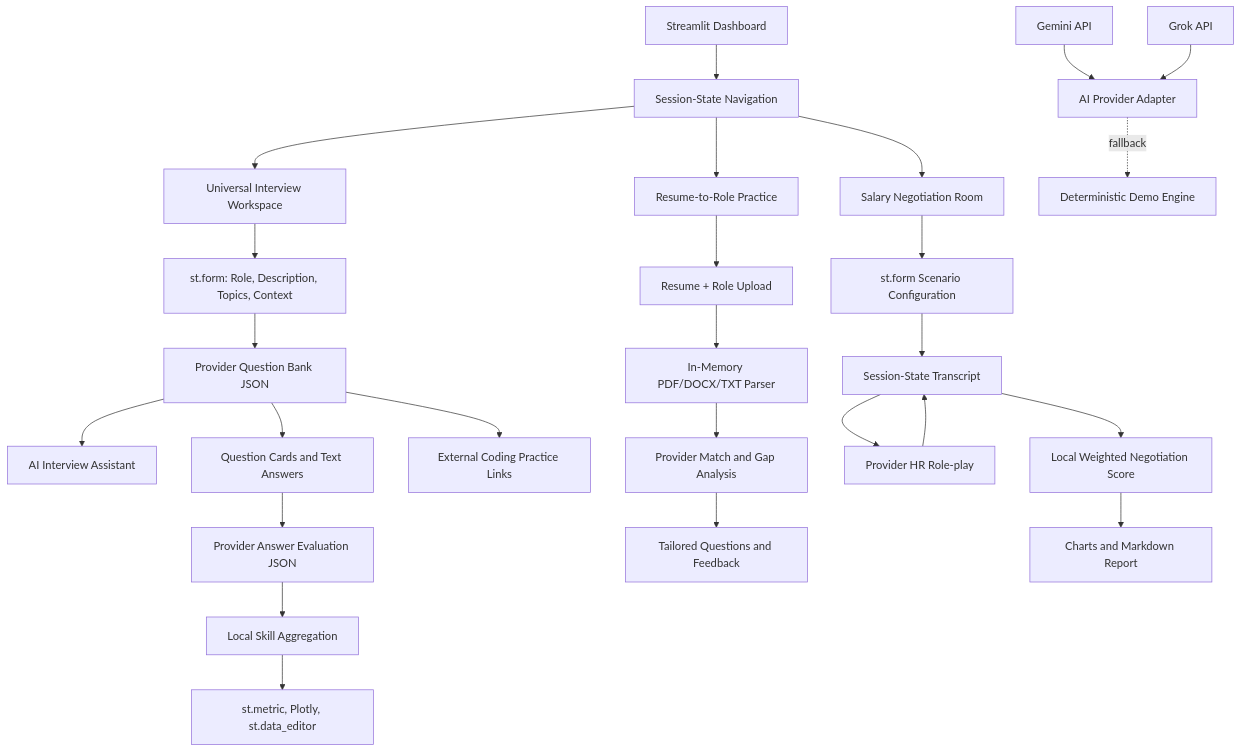
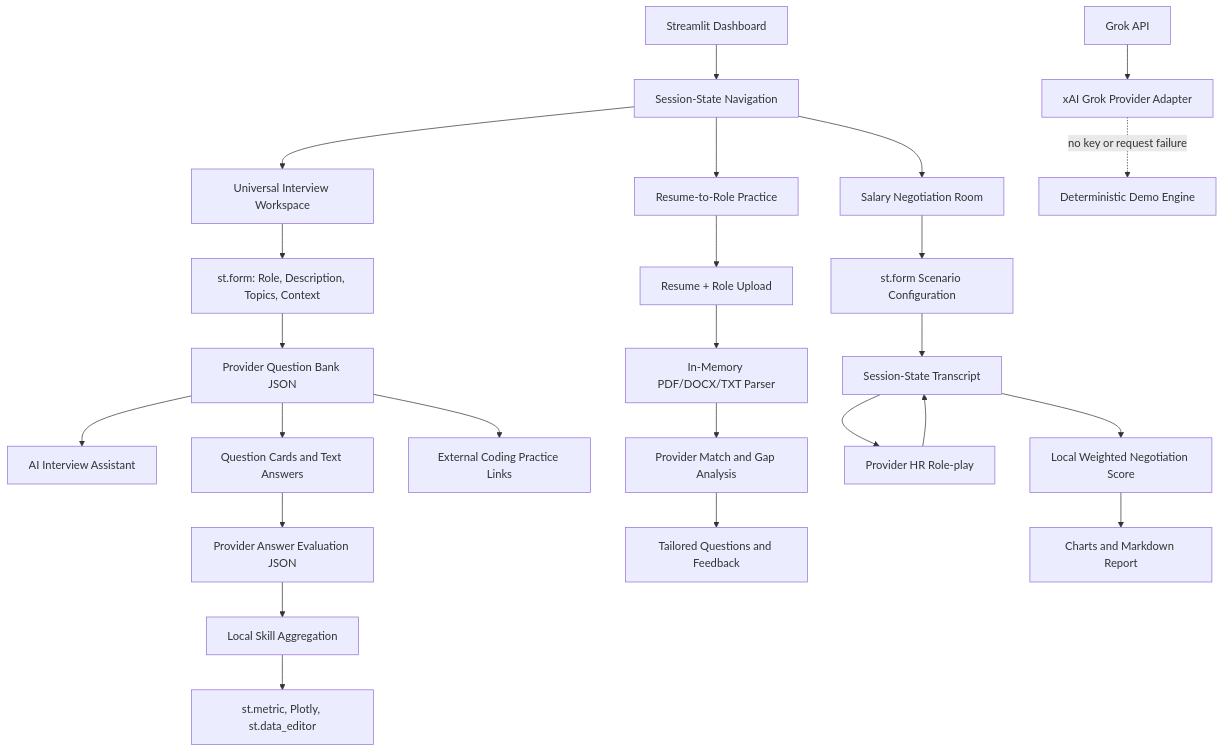
Before and after one commit to Himanshu90909/careercoach-ai: the diagram in docs/architecture.md, drawn with Mermaid. The commit also changed other lines of this file, not shown here.

````diff
--- a/docs/architecture.md
+++ b/docs/architecture.md
@@ -9,33 +9,31 @@
 ```mermaid
 flowchart TD
     UI[Streamlit Dashboard] --> NAV[Session-State Navigation]
     NAV --> INTERVIEW[Universal Interview Workspace]
     NAV --> ROLEFIT[Resume-to-Role Practice]
     NAV --> NEGOTIATE[Salary Negotiation Room]
 
     INTERVIEW --> FORM[st.form: Role, Description, Topics, Context]
     FORM --> BANK[Provider Question Bank JSON]
     BANK --> ASSIST[AI Interview Assistant]
     BANK --> PRACTICE[Question Cards and Text Answers]
     PRACTICE --> EVAL[Provider Answer Evaluation JSON]
     EVAL --> RANK[Local Skill Aggregation]
     RANK --> KPI[st.metric, Plotly, st.data_editor]
     BANK --> CODING[External Coding Practice Links]
 
     ROLEFIT --> UPLOAD[Resume + Role Upload]
     UPLOAD --> PARSER[In-Memory PDF/DOCX/TXT Parser]
     PARSER --> MATCH[Provider Match and Gap Analysis]
     MATCH --> TAILOR[Tailored Questions and Feedback]
 
     NEGOTIATE --> SCENARIO[st.form Scenario Configuration]
     SCENARIO --> TRANSCRIPT[Session-State Transcript]
     TRANSCRIPT --> HR[Provider HR Role-play]
     HR --> TRANSCRIPT
     TRANSCRIPT --> SCORE[Local Weighted Negotiation Score]
     SCORE --> REPORT[Charts and Markdown Report]
 
-    PROVIDER[AI Provider Adapter]
-    GEMINI[Gemini API] --> PROVIDER
-    GROK[Grok API] --> PROVIDER
-    PROVIDER -. fallback .-> DEMO[Deterministic Demo Engine]
+    GROK[Grok API] --> PROVIDER[ xAI Grok Provider Adapter ]
+    PROVIDER -. no key or request failure .-> DEMO[Deterministic Demo Engine]
 ```
````
